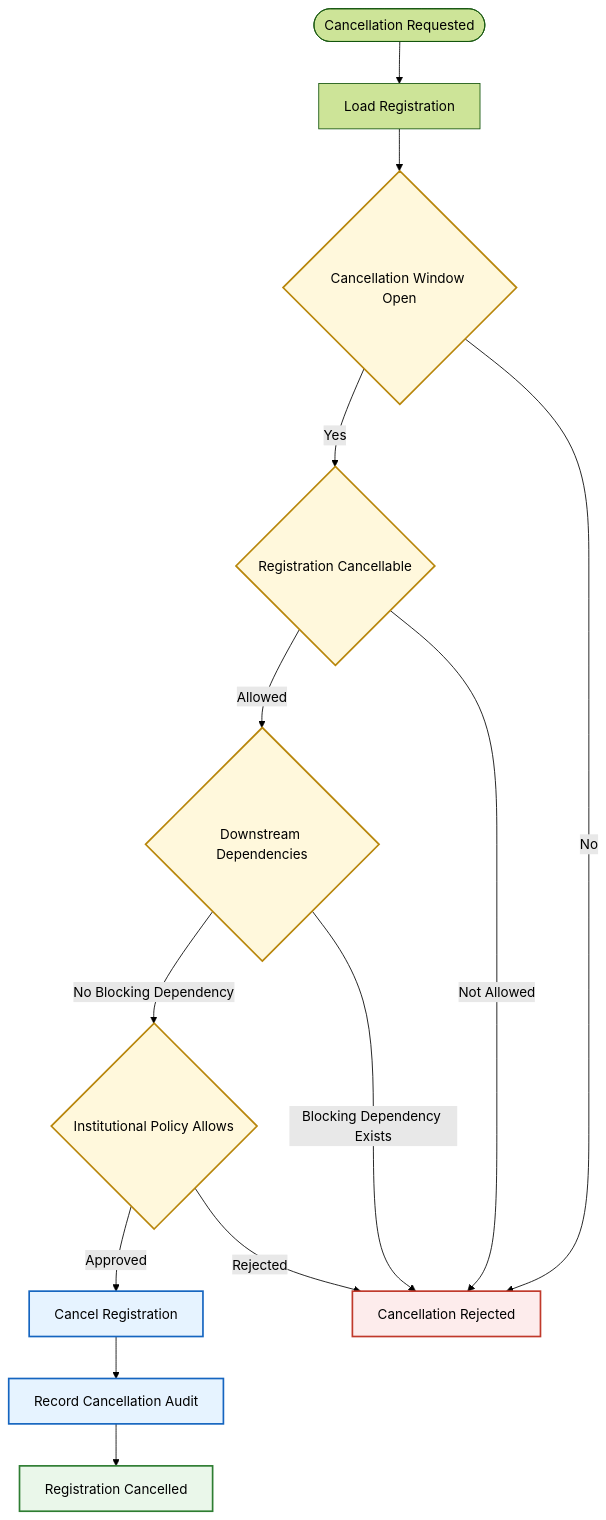
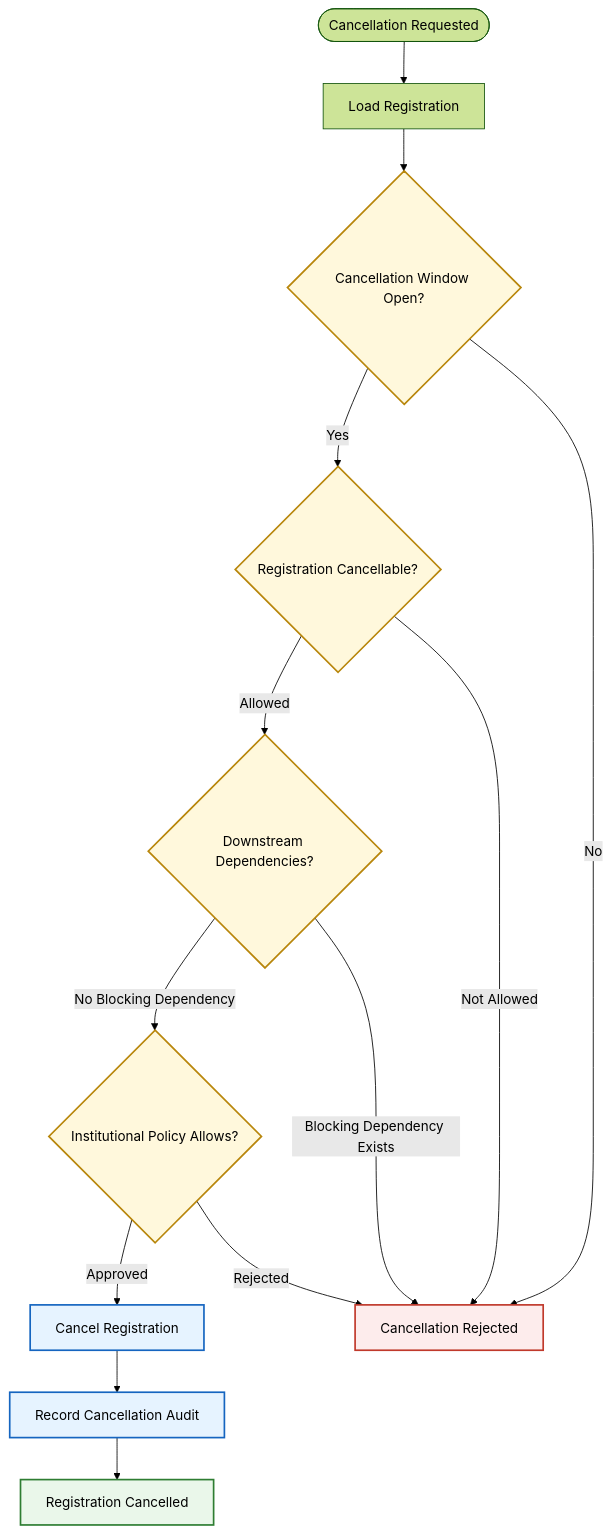
Diagram 12 of 28 in architecture/L2_Domain_Workflow_Architecture/section-c/L2-C03_Student_Academic_Registration_Workflows.md (Varad1604/ERP_hark), drawn with Mermaid (forest theme) before and after one commit. The commit also changed other lines of this file and 39 other files, not shown here.

````diff
--- a/architecture/L2_Domain_Workflow_Architecture/section-c/L2-C03_Student_Academic_Registration_Workflows.md
+++ b/architecture/L2_Domain_Workflow_Architecture/section-c/L2-C03_Student_Academic_Registration_Workflows.md
@@ -5975,57 +5976,57 @@
 ```mermaid
 flowchart TD
 
     START([Cancellation Requested])
 
     LOAD["Load Registration"]
 
-    WINDOW{"Cancellation Window Open"}
+    WINDOW{"Cancellation Window Open?"}
 
-    STATE{"Registration Cancellable"}
+    STATE{"Registration Cancellable?"}
 
-    DEPENDENCY{"Downstream Dependencies"}
+    DEPENDENCY{"Downstream Dependencies?"}
 
-    POLICY{"Institutional Policy Allows"}
+    POLICY{"Institutional Policy Allows?"}
 
     CANCEL["Cancel Registration"]
 
     AUDIT["Record Cancellation Audit"]
 
     COMPLETE["Registration Cancelled"]
 
     REJECT["Cancellation Rejected"]
 
     START --> LOAD
 
     LOAD --> WINDOW
 
     WINDOW -->|Yes| STATE
     WINDOW -->|No| REJECT
 
     STATE -->|Allowed| DEPENDENCY
     STATE -->|Not Allowed| REJECT
 
     DEPENDENCY -->|No Blocking Dependency| POLICY
     DEPENDENCY -->|Blocking Dependency Exists| REJECT
 
     POLICY -->|Approved| CANCEL
     POLICY -->|Rejected| REJECT
 
     CANCEL --> AUDIT
 
     AUDIT --> COMPLETE
 
     %% Styling
 
     style WINDOW fill:#FFF8DC,stroke:#B8860B,stroke-width:2px
     style STATE fill:#FFF8DC,stroke:#B8860B,stroke-width:2px
     style DEPENDENCY fill:#FFF8DC,stroke:#B8860B,stroke-width:2px
     style POLICY fill:#FFF8DC,stroke:#B8860B,stroke-width:2px
 
     style CANCEL fill:#E6F3FF,stroke:#1565C0,stroke-width:2px
     style AUDIT fill:#E6F3FF,stroke:#1565C0,stroke-width:2px
 
     style COMPLETE fill:#EAF7EA,stroke:#2E7D32,stroke-width:2px
 
     style REJECT fill:#FDECEC,stroke:#C0392B,stroke-width:2px
 ```
````
